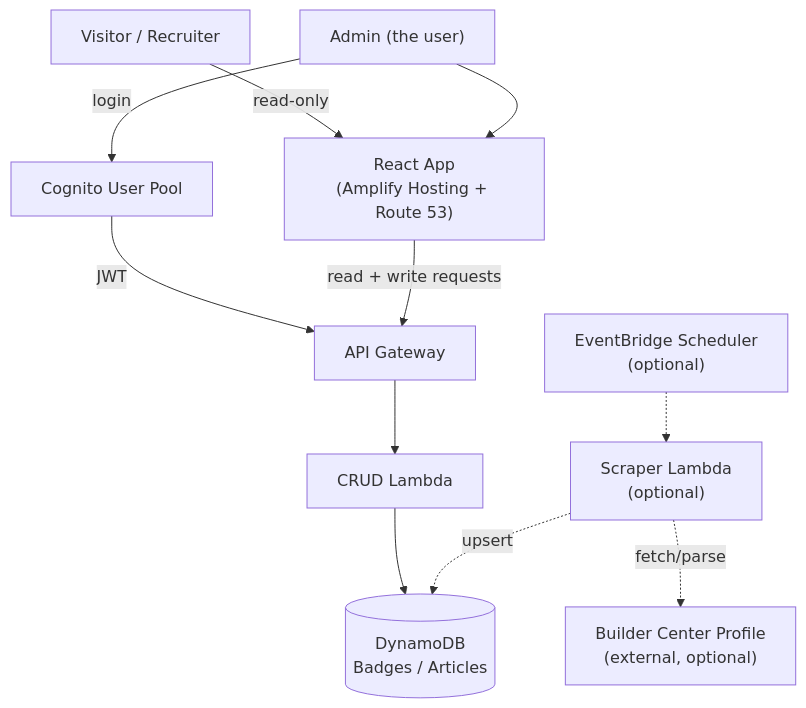
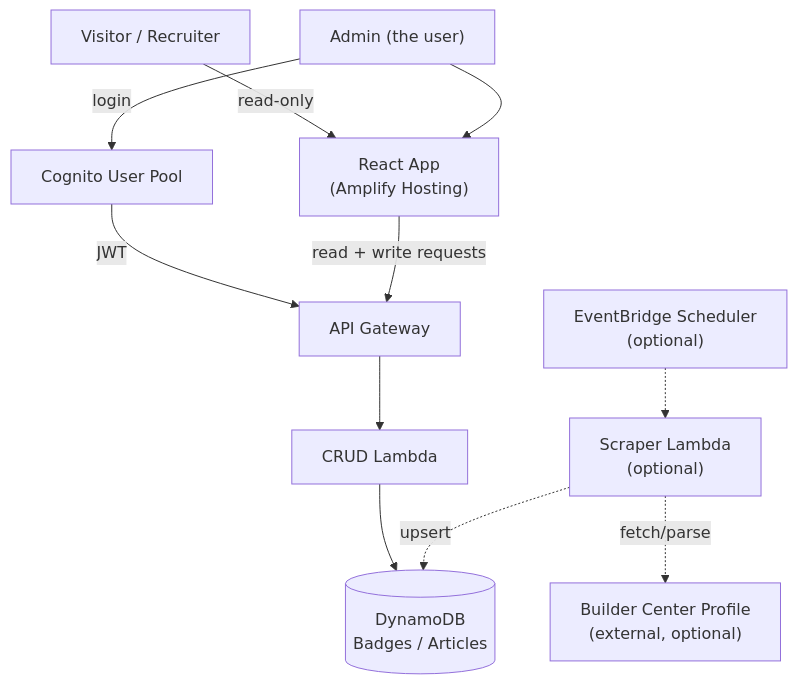
The diagram in docs/ARCHITECTURE.md (minkim26/builder-badge-board), drawn with Mermaid before and after one commit. The commit also changed other lines of this file and 2 other files, not shown here.

Commit message:
Point builder.minkim26.tech at the Amplify app and tighten API CORS

````diff
--- a/docs/ARCHITECTURE.md
+++ b/docs/ARCHITECTURE.md
@@ -35,25 +35,25 @@
 ```mermaid
 flowchart TD
     Visitor["Visitor / Recruiter"]
     Admin["Admin (the user)"]
-    Amplify["React App\n(Amplify Hosting + Route 53)"]
+    Amplify["React App\n(Amplify Hosting)"]
     Cognito["Cognito User Pool"]
     APIGW["API Gateway"]
     Lambda["CRUD Lambda"]
     DDB[("DynamoDB\nBadges / Articles")]
     EventBridge["EventBridge Scheduler\n(optional)"]
     ScraperLambda["Scraper Lambda\n(optional)"]
     Profile["Builder Center Profile\n(external, optional)"]
 
     Visitor -->|read-only| Amplify
     Admin -->|login| Cognito
     Admin --> Amplify
     Cognito -->|JWT| APIGW
     Amplify -->|read + write requests| APIGW
     APIGW --> Lambda
     Lambda --> DDB
 
     EventBridge -.-> ScraperLambda
     ScraperLambda -.->|fetch/parse| Profile
     ScraperLambda -.->|upsert| DDB
 ```
````
